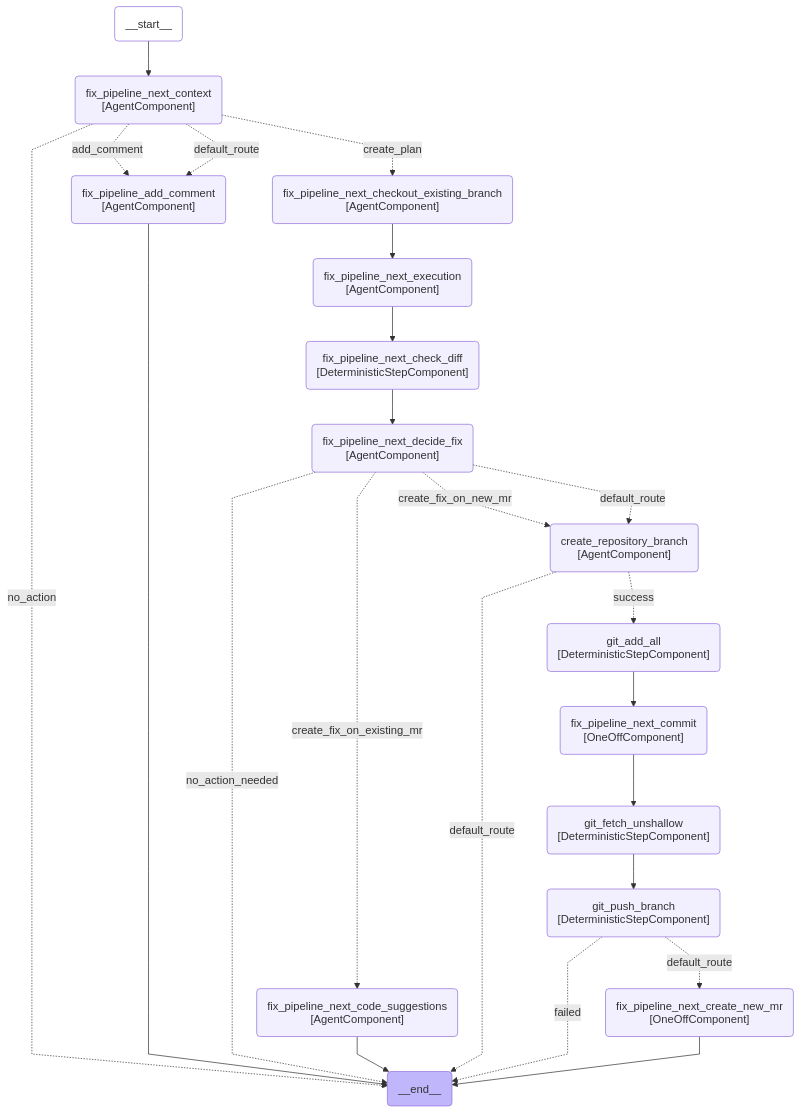
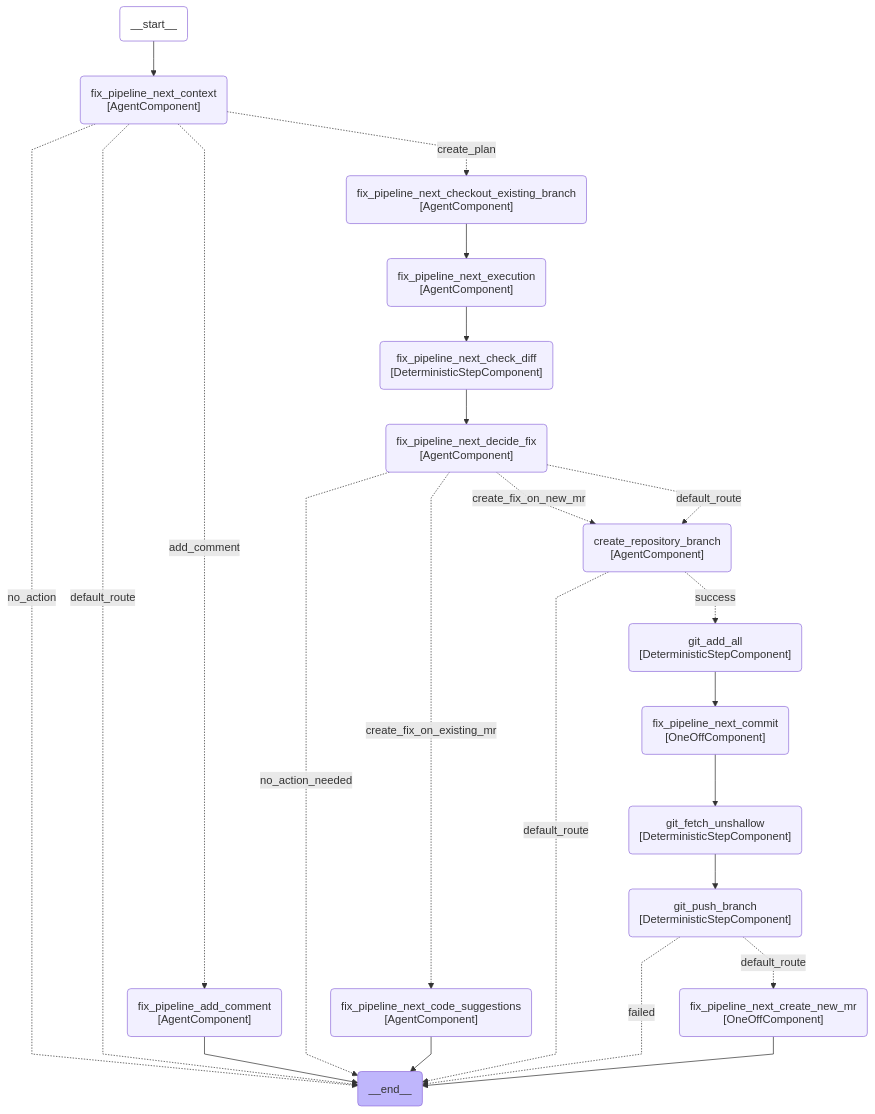
Diagram 17 of 24 in docs/duo_workflow_service_graphs.md (movax01h/ai-gateway), drawn with Mermaid before and after one commit. The commit also changed 2 other files, not shown here.

Commit message:
fix(fix_pipeline_next): fix routing for master branch pipelines without MR URL

````diff
--- a/docs/duo_workflow_service_graphs.md
+++ b/docs/duo_workflow_service_graphs.md
@@ -483,48 +483,48 @@
 ```mermaid
 ---
 config:
     flowchart:
         curve: linear
 ---
 graph TD;
     __start__(__start__):::first;
     __end__(__end__):::last;
     __start__ --> fix_pipeline_next_context;
     fix_pipeline_next_context(fix_pipeline_next_context<br>#91;AgentComponent#93;);
     fix_pipeline_next_decide_fix(fix_pipeline_next_decide_fix<br>#91;AgentComponent#93;);
     fix_pipeline_next_code_suggestions(fix_pipeline_next_code_suggestions<br>#91;AgentComponent#93;);
     fix_pipeline_add_comment(fix_pipeline_add_comment<br>#91;AgentComponent#93;);
     create_repository_branch(create_repository_branch<br>#91;AgentComponent#93;);
     fix_pipeline_next_checkout_existing_branch(fix_pipeline_next_checkout_existing_branch<br>#91;AgentComponent#93;);
     fix_pipeline_next_check_diff(fix_pipeline_next_check_diff<br>#91;DeterministicStepComponent#93;);
     fix_pipeline_next_execution(fix_pipeline_next_execution<br>#91;AgentComponent#93;);
     git_add_all(git_add_all<br>#91;DeterministicStepComponent#93;);
     fix_pipeline_next_commit(fix_pipeline_next_commit<br>#91;OneOffComponent#93;);
     git_fetch_unshallow(git_fetch_unshallow<br>#91;DeterministicStepComponent#93;);
     git_push_branch(git_push_branch<br>#91;DeterministicStepComponent#93;);
     fix_pipeline_next_create_new_mr(fix_pipeline_next_create_new_mr<br>#91;OneOffComponent#93;);
     fix_pipeline_next_context -.->|add_comment| fix_pipeline_add_comment;
     fix_pipeline_next_context -.->|create_plan| fix_pipeline_next_checkout_existing_branch;
     fix_pipeline_next_context -.->|no_action| __end__;
-    fix_pipeline_next_context -.->|default_route| fix_pipeline_add_comment;
+    fix_pipeline_next_context -.->|default_route| __end__;
     fix_pipeline_next_checkout_existing_branch --> fix_pipeline_next_execution;
     fix_pipeline_add_comment --> __end__;
     fix_pipeline_next_execution --> fix_pipeline_next_check_diff;
     fix_pipeline_next_check_diff --> fix_pipeline_next_decide_fix;
     fix_pipeline_next_decide_fix -.->|create_fix_on_existing_mr| fix_pipeline_next_code_suggestions;
     fix_pipeline_next_decide_fix -.->|create_fix_on_new_mr| create_repository_branch;
     fix_pipeline_next_decide_fix -.->|no_action_needed| __end__;
     fix_pipeline_next_decide_fix -.->|default_route| create_repository_branch;
     fix_pipeline_next_code_suggestions --> __end__;
     create_repository_branch -.->|success| git_add_all;
     create_repository_branch -.->|default_route| __end__;
     git_add_all --> fix_pipeline_next_commit;
     fix_pipeline_next_commit --> git_fetch_unshallow;
     git_fetch_unshallow --> git_push_branch;
     git_push_branch -.->|failed| __end__;
     git_push_branch -.->|default_route| fix_pipeline_next_create_new_mr;
     fix_pipeline_next_create_new_mr --> __end__;
     classDef default fill:#f2f0ff,line-height:1.2;
     classDef first fill-opacity:0;
     classDef last fill:#bfb6fc;
 ```
````
